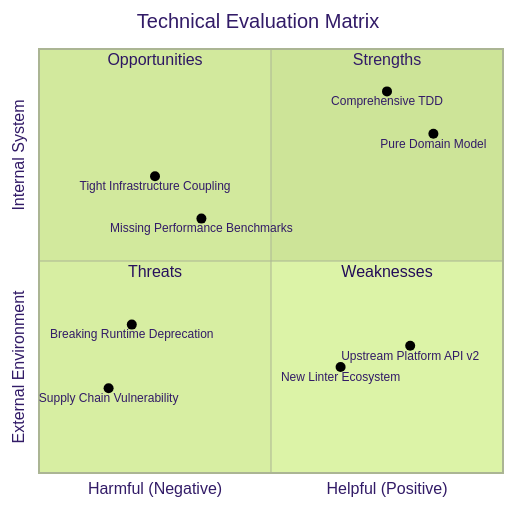
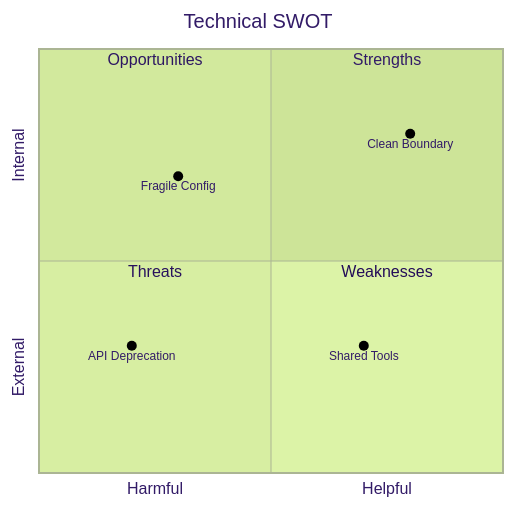
The diagram in plugins/common/authoring/skills/swot/references/swot-methodology.md (FilipKrawiec/skills), drawn with Mermaid (forest theme) before and after one commit. The commit also changed other lines of this file, not shown here.

Commit message:
refactor(swot): prune overengineered scoring arithmetic and complex matrices

````diff
--- a/plugins/common/authoring/skills/swot/references/swot-methodology.md
+++ b/plugins/common/authoring/skills/swot/references/swot-methodology.md
@@ -82,18 +43,14 @@
 ```mermaid
 quadrantChart
-    title Technical Evaluation Matrix
-    x-axis "Harmful (Negative)" --> "Helpful (Positive)"
-    y-axis "External Environment" --> "Internal System"
+    title Technical SWOT
+    x-axis "Harmful" --> "Helpful"
+    y-axis "External" --> "Internal"
     quadrant-1 "Strengths"
     quadrant-2 "Opportunities"
     quadrant-3 "Threats"
     quadrant-4 "Weaknesses"
-    "Pure Domain Model": [0.85, 0.80]
-    "Comprehensive TDD": [0.75, 0.90]
-    "Tight Infrastructure Coupling": [0.25, 0.70]
-    "Missing Performance Benchmarks": [0.35, 0.60]
-    "Upstream Platform API v2": [0.80, 0.30]
-    "New Linter Ecosystem": [0.65, 0.25]
-    "Breaking Runtime Deprecation": [0.20, 0.35]
-    "Supply Chain Vulnerability": [0.15, 0.20]
+    "Clean Boundary": [0.8, 0.8]
+    "Shared Tools": [0.7, 0.3]
+    "API Deprecation": [0.2, 0.3]
+    "Fragile Config": [0.3, 0.7]
 ```
````
